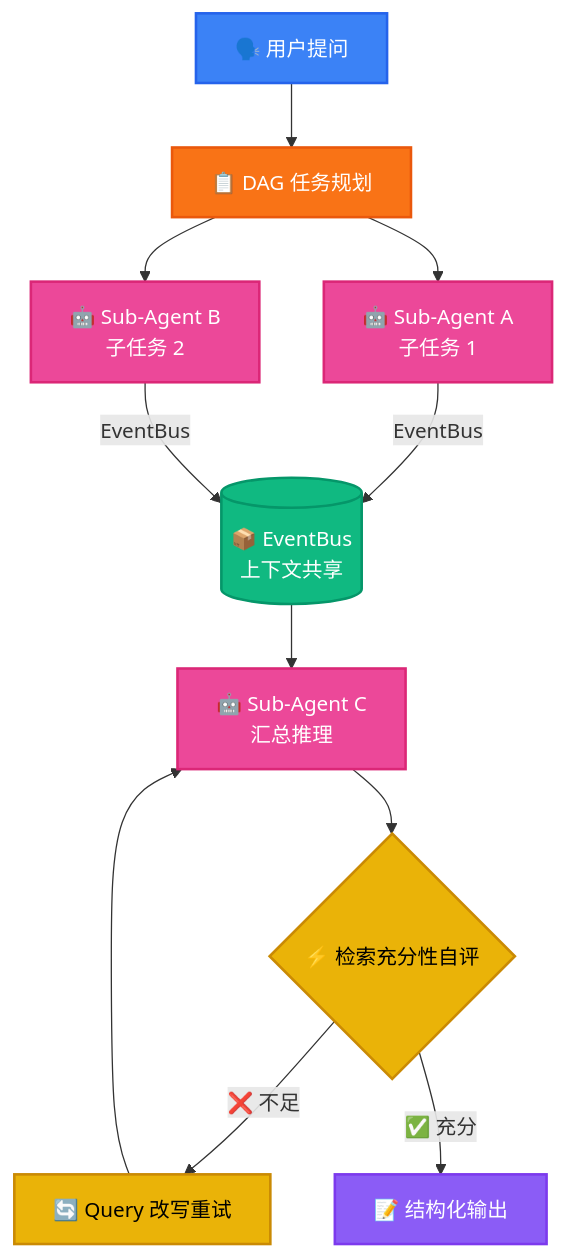
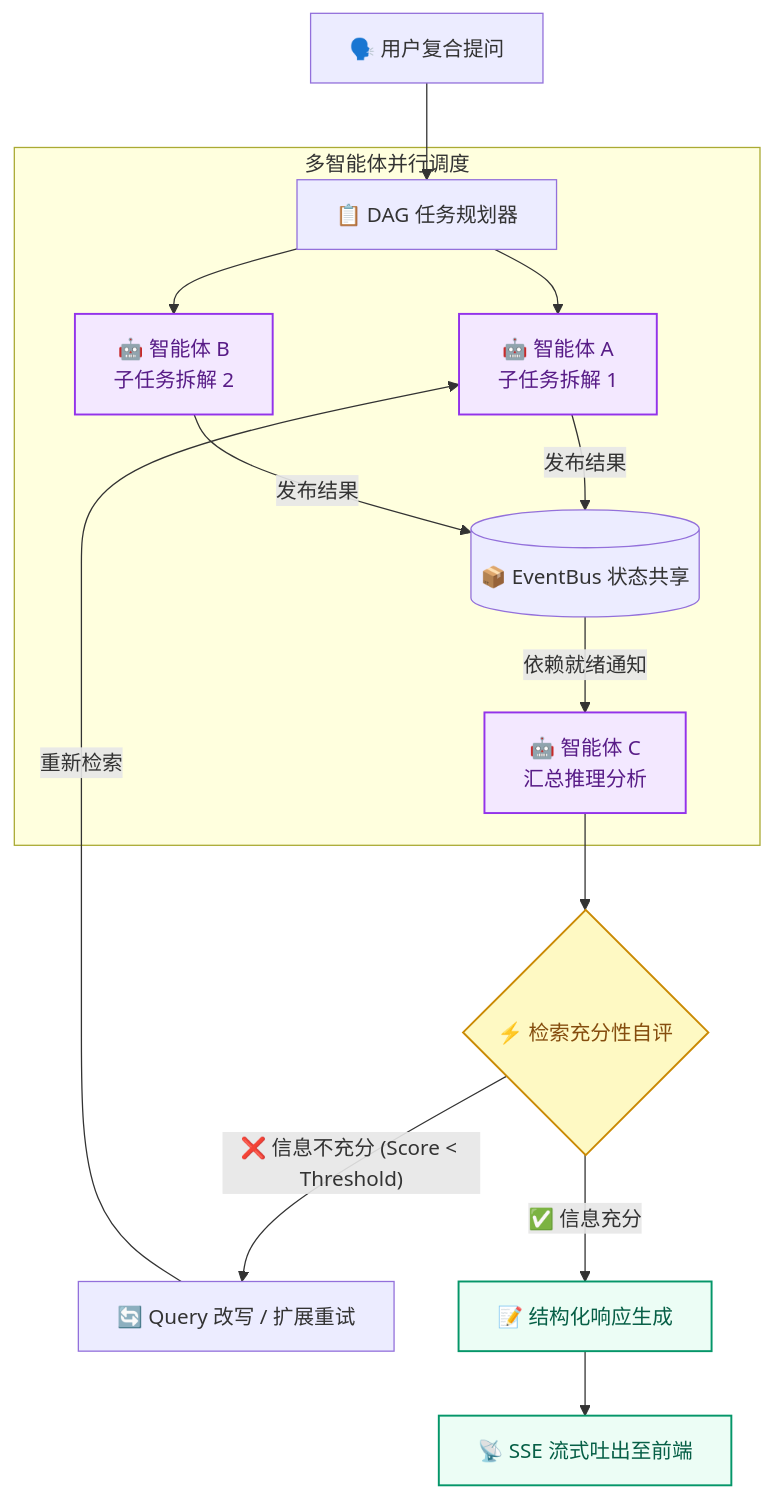
One commit to 7ing24/AgenticRAG changed the third of 4 diagrams in README.md. Above: the diagram before and after it, drawn with Mermaid. The commit also changed other lines of this file and 1 other file, not shown here.

````diff
--- a/README.md
+++ b/README.md
@@ -152,29 +170,28 @@
 ```mermaid
-graph TD
-    classDef input fill:#3B82F6,stroke:#2563EB,color:#fff,stroke-width:2px
-    classDef plan fill:#F97316,stroke:#EA580C,color:#fff,stroke-width:2px
-    classDef agent fill:#EC4899,stroke:#DB2777,color:#fff,stroke-width:2px
-    classDef bus fill:#10B981,stroke:#059669,color:#fff,stroke-width:2px
-    classDef eval fill:#EAB308,stroke:#CA8A04,color:#000,stroke-width:2px
-    classDef output fill:#8B5CF6,stroke:#7C3AED,color:#fff,stroke-width:2px
+flowchart TD
+    classDef normal fill:#F8FAFC,stroke:#64748B,stroke-width:1px,color:#0F172A;
+    classDef condition fill:#FEF9C3,stroke:#CA8A04,stroke-width:1.5px,color:#854D0E;
+    classDef accent fill:#F3E8FF,stroke:#9333EA,stroke-width:1.5px,color:#581C87;
+    classDef complete fill:#ECFDF5,stroke:#059669,stroke-width:1.5px,color:#065F46;
 
-    Q["🗣️ 用户提问"] --> Planner["📋 DAG 任务规划"]
-    Planner --> Sub1["🤖 Sub-Agent A<br/>子任务 1"]
-    Planner --> Sub2["🤖 Sub-Agent B<br/>子任务 2"]
-    
-    Sub1 -->|EventBus| Bus[("📦 EventBus<br/>上下文共享")]
-    Sub2 -->|EventBus| Bus
-    
-    Bus --> Sub3["🤖 Sub-Agent C<br/>汇总推理"]
-    Sub3 --> Eval{"⚡ 检索充分性自评"}
-    Eval -->|❌ 不足| Rewrite["🔄 Query 改写重试"]
-    Rewrite --> Sub3
-    Eval -->|✅ 充分| Answer["📝 结构化输出"]
+    Query["🗣️ 用户复合提问"] --> Planner["📋 DAG 任务规划器"]
 
-    class Q input
-    class Planner plan
-    class Sub1,Sub2,Sub3,Sub3 agent
-    class Bus bus
-    class Eval,Rewrite eval
-    class Answer output
+    subgraph DAG_Execution ["多智能体并行调度"]
+        Planner --> SubA["🤖 智能体 A<br/>子任务拆解 1"]
+        Planner --> SubB["🤖 智能体 B<br/>子任务拆解 2"]
+        
+        SubA & SubB -->|发布结果| Bus[("📦 EventBus 状态共享")]
+        Bus -->|依赖就绪通知| SubC["🤖 智能体 C<br/>汇总推理分析"]
+    end
+    class SubA,SubB,SubC accent
+
+    SubC --> Eval{"⚡ 检索充分性自评"}
+    class Eval condition
+
+    Eval -- "❌ 信息不充分 (Score < Threshold)" --> Rewrite["🔄 Query 改写 / 扩展重试"]
+    Rewrite -->|重新检索| SubA
+
+    Eval -- "✅ 信息充分" --> Gen["📝 结构化响应生成"]
+    Gen --> SSE["📡 SSE 流式吐出至前端"]
+    class Gen,SSE complete
 ```
````
